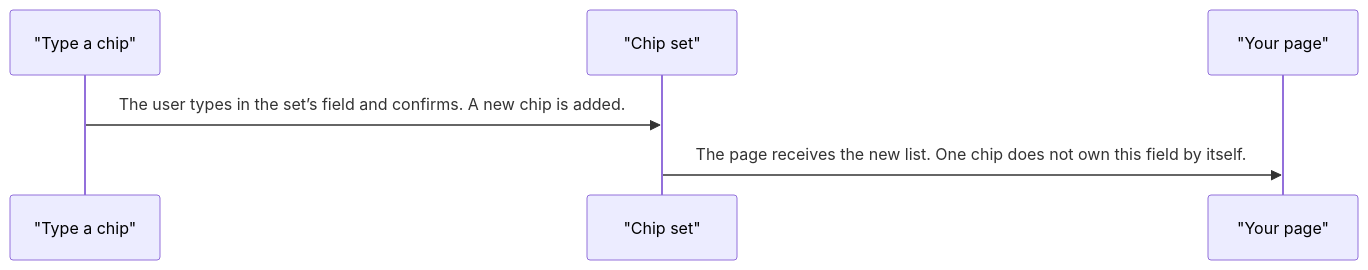
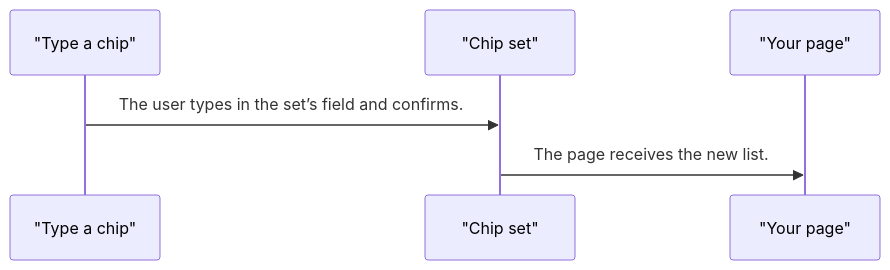
Before and after one commit to RajshekharBorate/pixel-ui: the fourth of 4 diagrams in projects/pixel-ui/src/lib/pixel-chip/DESIGN.md, drawn with Mermaid. The commit also changed other lines of this file and 80 other files, not shown here.

Commit message:
Fill missing design flows and correct the stories that did not match component behavior.

````diff
--- a/projects/pixel-ui/src/lib/pixel-chip/DESIGN.md
+++ b/projects/pixel-ui/src/lib/pixel-chip/DESIGN.md
@@ -79,8 +79,8 @@
 ```mermaid
 sequenceDiagram
   participant input as "Type a chip"
   participant set as "Chip set"
   participant page as "Your page"
-  input->>set: The user types in the set’s field and confirms. A new chip is added.
-  set->>page: The page receives the new list. One chip does not own this field by itself.
+  input->>set: The user types in the set’s field and confirms.
+  set->>page: The page receives the new list.
 ```
````
